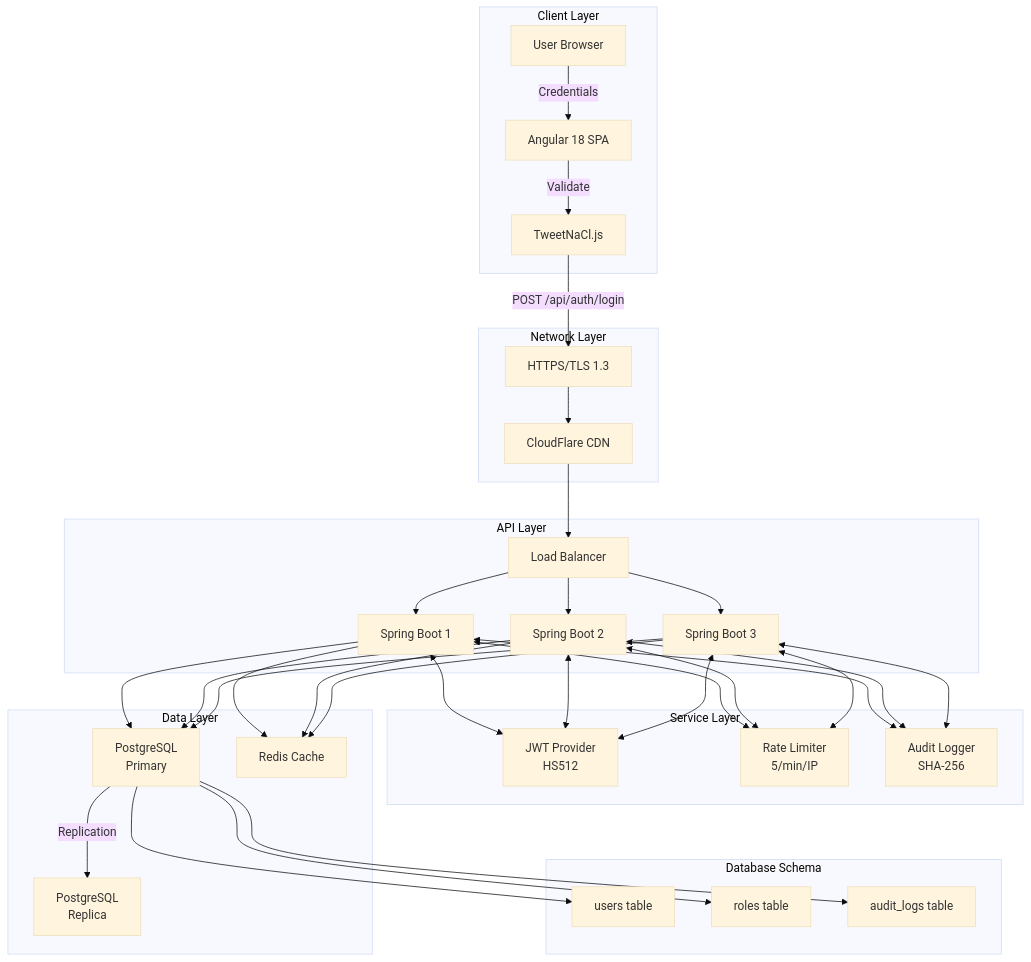
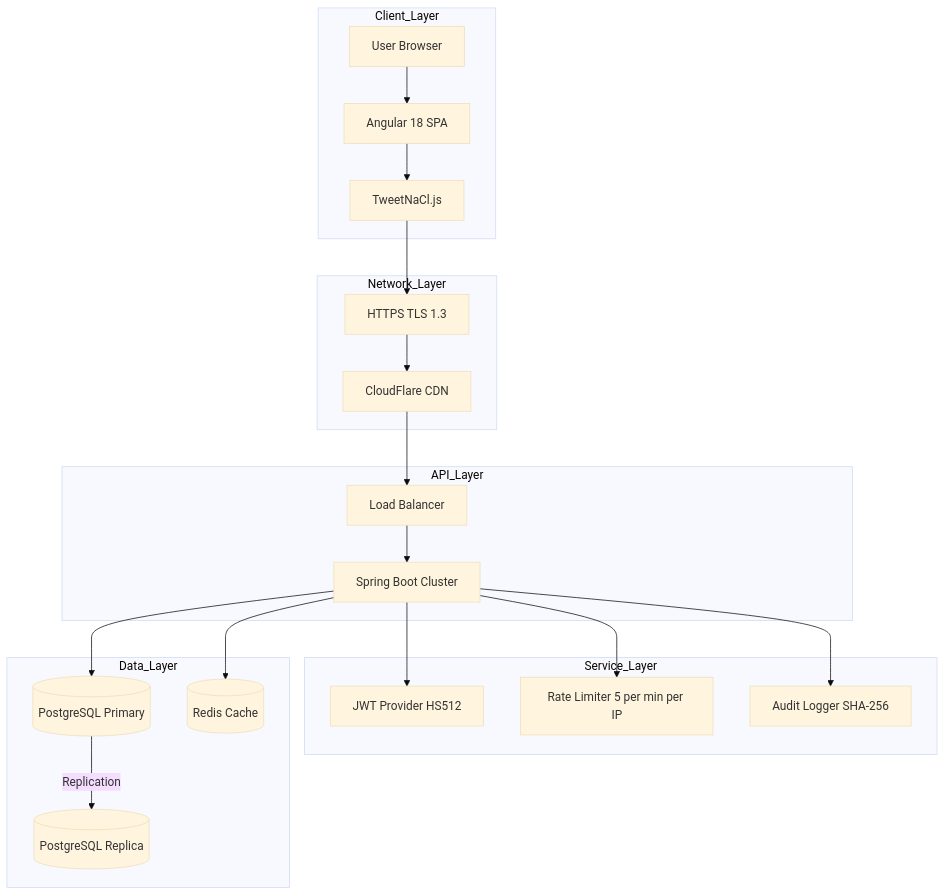
One commit to LHemu2005/bridgesoft changed the third of 4 diagrams in README.md. Above: the diagram before and after it, drawn with Mermaid (base theme). The commit also changed other lines of this file, not shown here.

Commit message:
diagrams updated
Updated the README to reflect changes in the login flow and system architecture.

````diff
--- a/README.md
+++ b/README.md
@@ -279,73 +276,53 @@
 ```mermaid
 graph TD
-    subgraph Client[Client Layer]
+    %% -------- CLIENT --------
+    subgraph Client_Layer
         Browser[User Browser]
         NG[Angular 18 SPA]
-        TweetNaCl[TweetNaCl.js]
+        Crypto[TweetNaCl.js]
     end
-    
-    subgraph Network[Network Layer]
-        HTTPS[HTTPS/TLS 1.3]
+
+    %% -------- NETWORK --------
+    subgraph Network_Layer
+        HTTPS[HTTPS TLS 1.3]
         CDN[CloudFlare CDN]
     end
-    
-    subgraph API[API Layer]
+
+    %% -------- API --------
+    subgraph API_Layer
         LB[Load Balancer]
-        API1[Spring Boot 1]
-        API2[Spring Boot 2]
-        API3[Spring Boot 3]
+        API[Spring Boot Cluster]
     end
-    
-    subgraph Services[Service Layer]
-        JWT[JWT Provider<br/>HS512]
-        RateLim[Rate Limiter<br/>5/min/IP]
-        AuditLog[Audit Logger<br/>SHA-256]
+
+    %% -------- SERVICES --------
+    subgraph Service_Layer
+        JWT["JWT Provider HS512"]
+        RateLim["Rate Limiter 5 per min per IP"]
+        AuditLog["Audit Logger SHA-256"]
     end
-    
-    subgraph Data[Data Layer]
-        PG_Primary[PostgreSQL<br/>Primary]
-        PG_Replica[PostgreSQL<br/>Replica]
-        Redis[Redis Cache]
+
+    %% -------- DATA --------
+    subgraph Data_Layer
+        PG[(PostgreSQL Primary)]
+        Replica[(PostgreSQL Replica)]
+        Redis[(Redis Cache)]
     end
-    
-    subgraph Schema[Database Schema]
-        Users_TBL[users table]
-        Roles_TBL[roles table]
-        Audit_TBL[audit_logs table]
-    end
-    
-    Browser -->|Credentials| NG
-    NG -->|Validate| TweetNaCl
-    TweetNaCl -->|POST /api/auth/login| HTTPS
+
+    %% -------- FLOW --------
+    Browser --> NG
+    NG --> Crypto
+    Crypto --> HTTPS
     HTTPS --> CDN
     CDN --> LB
-    
-    LB --> API1
-    LB --> API2
-    LB --> API3
-    
-    API1 <--> JWT
-    API1 <--> RateLim
-    API1 <--> AuditLog
-    
-    API2 <--> JWT
-    API2 <--> RateLim
-    API2 <--> AuditLog
-    
-    API3 <--> JWT
-    API3 <--> RateLim
-    API3 <--> AuditLog
-    
-    API1 --> PG_Primary
-    API2 --> PG_Primary
-    API3 --> PG_Primary
-    
-    API1 --> Redis
-    API2 --> Redis
-    API3 --> Redis
-    
-    PG_Primary -->|Replication| PG_Replica
-    PG_Primary --> Users_TBL
-    PG_Primary --> Roles_TBL
-    PG_Primary --> Audit_TBL
+    LB --> API
+
+    %% -------- SERVICES --------
+    API --> JWT
+    API --> RateLim
+    API --> AuditLog
+
+    %% -------- DATA --------
+    API --> PG
+    API --> Redis
+    PG -->|Replication| Replica
 ```
````
